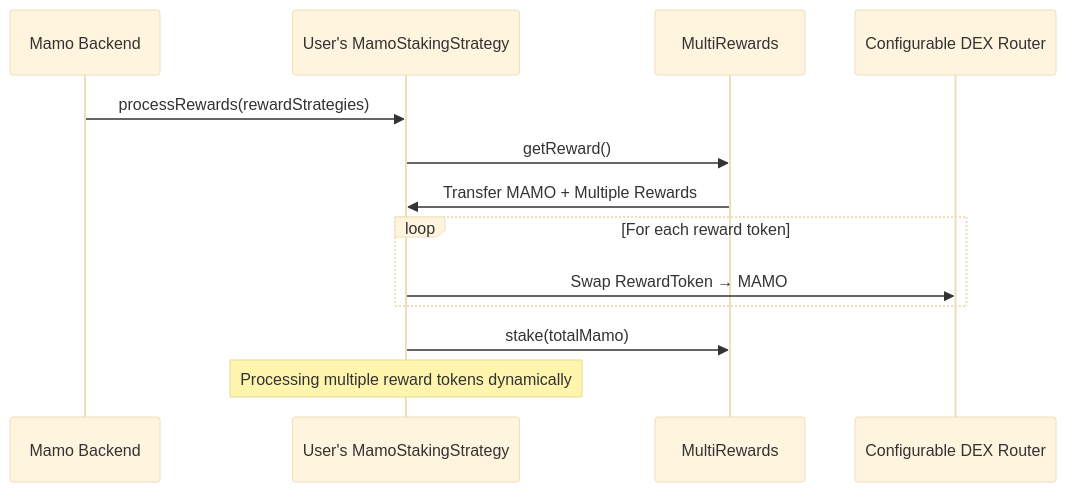
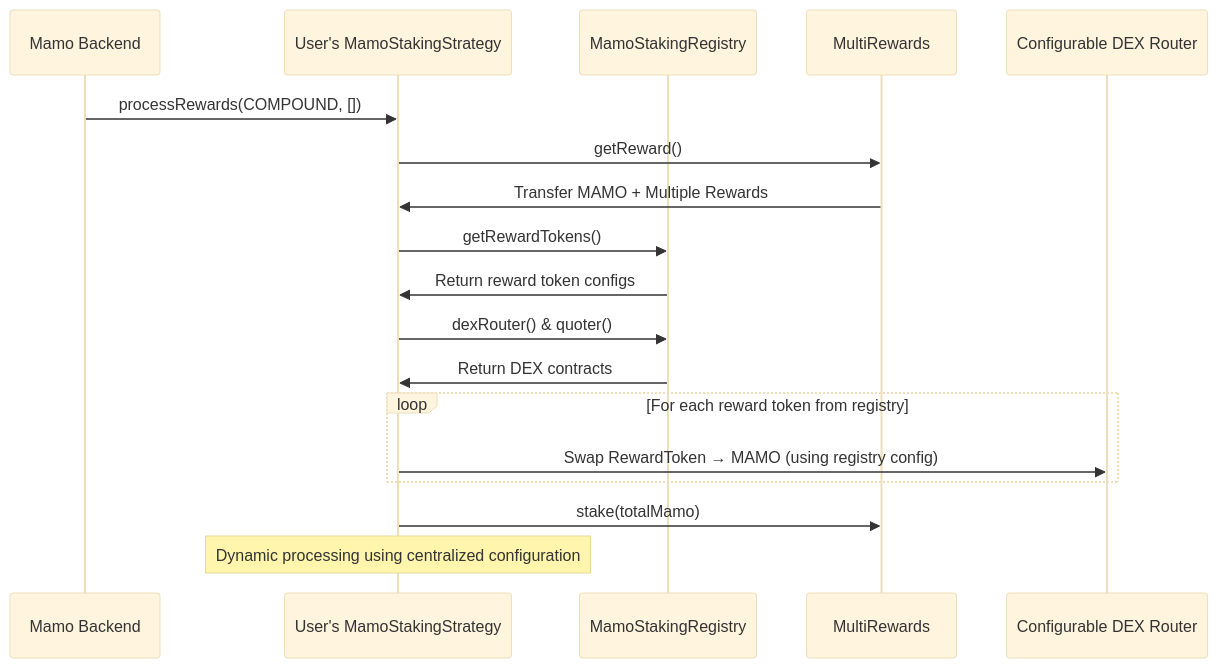
The second of 6 diagrams in docs/MAMO_STAKING_ARCHITECTURE.md (moonwell-fi/mamo-contracts), drawn with Mermaid (base theme) before and after one commit. The commit also changed other lines of this file and 2 other files, not shown here.

First line of the commit message:
feat: implement centralized configuration in MamoStakingRegistry and update MamoStakingStrategy

````diff
--- a/docs/MAMO_STAKING_ARCHITECTURE.md
+++ b/docs/MAMO_STAKING_ARCHITECTURE.md
@@ -234,19 +324,24 @@
 ```mermaid
 sequenceDiagram
     participant Backend as Mamo Backend
     participant Strategy as User's MamoStakingStrategy
+    participant StakingRegistry as MamoStakingRegistry
     participant MultiRewards as MultiRewards
     participant DEX as Configurable DEX Router
 
-    Backend->>Strategy: processRewards(rewardStrategies)
+    Backend->>Strategy: processRewards(COMPOUND, [])
     Strategy->>MultiRewards: getReward()
     MultiRewards->>Strategy: Transfer MAMO + Multiple Rewards
+    Strategy->>StakingRegistry: getRewardTokens()
+    StakingRegistry->>Strategy: Return reward token configs
+    Strategy->>StakingRegistry: dexRouter() & quoter()
+    StakingRegistry->>Strategy: Return DEX contracts
     
-    loop For each reward token
-        Strategy->>DEX: Swap RewardToken → MAMO
+    loop For each reward token from registry
+        Strategy->>DEX: Swap RewardToken → MAMO (using registry config)
     end
     
     Strategy->>MultiRewards: stake(totalMamo)
     
-    Note over Strategy: Processing multiple reward tokens dynamically
+    Note over Strategy: Dynamic processing using centralized configuration
 ```
````
